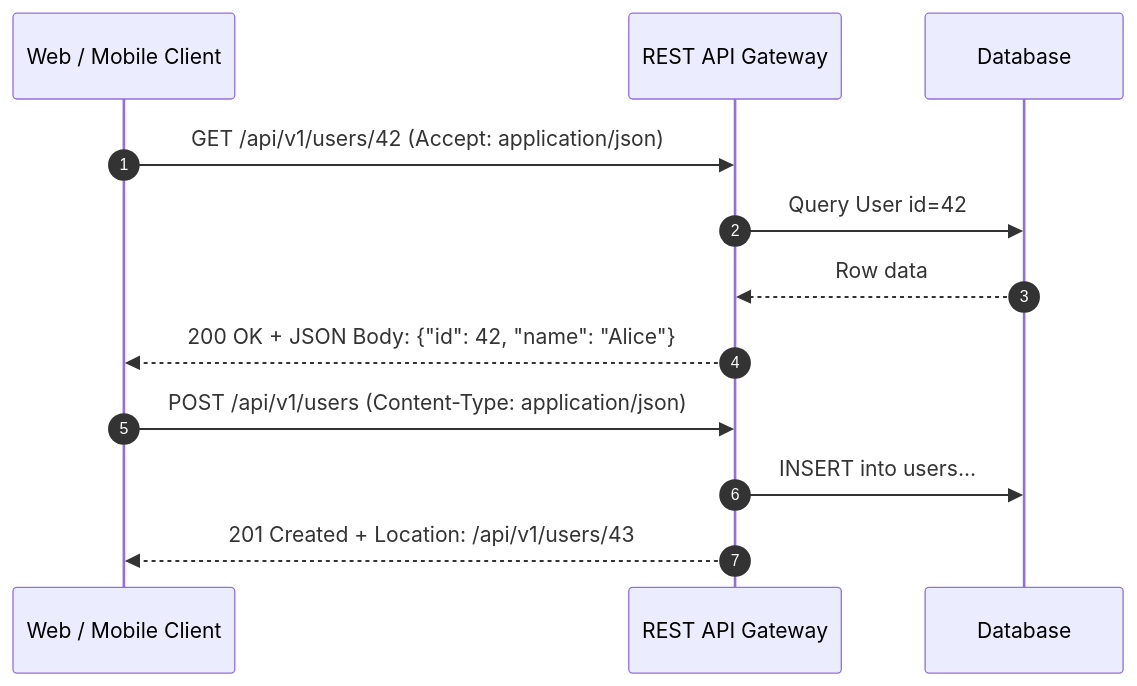
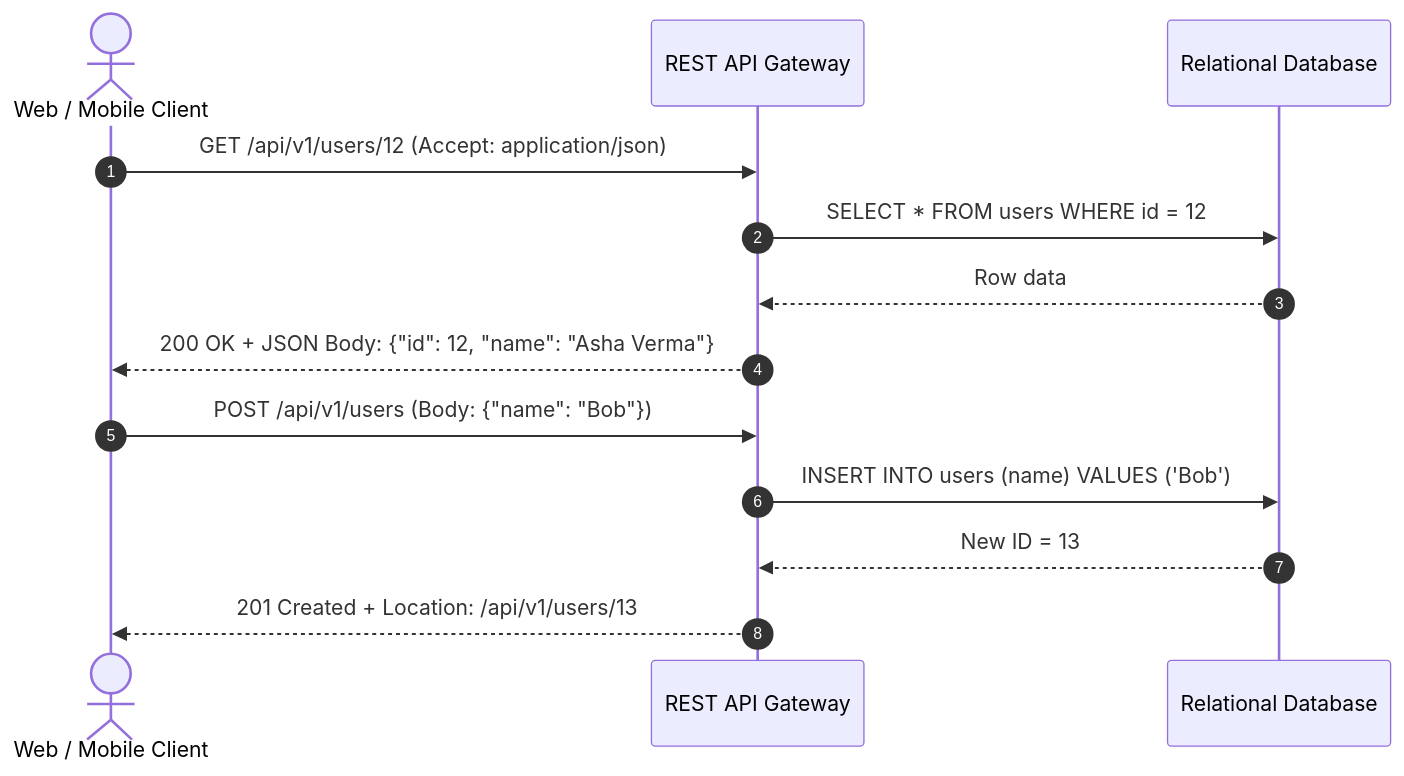
One commit to Sujalkathait/high-level-design changed the diagram in 03-networking/rest.md. Above: the diagram before and after it, drawn with Mermaid. The commit also changed other lines of this file and 41 other files, not shown here.

````diff
--- a/03-networking/rest.md
+++ b/03-networking/rest.md
@@ -20,16 +11,17 @@
 ```mermaid
 sequenceDiagram
     autonumber
-    participant Client as Web / Mobile Client
+    actor Client as Web / Mobile Client
     participant API as REST API Gateway
-    participant DB as Database
+    participant DB as Relational Database
 
-    Client->>API: GET /api/v1/users/42 (Accept: application/json)
-    API->>DB: Query User id=42
+    Client->>API: GET /api/v1/users/12 (Accept: application/json)
+    API->>DB: SELECT * FROM users WHERE id = 12
     DB-->>API: Row data
-    API-->>Client: 200 OK + JSON Body: {"id": 42, "name": "Alice"}
+    API-->>Client: 200 OK + JSON Body: {"id": 12, "name": "Asha Verma"}
 
-    Client->>API: POST /api/v1/users (Content-Type: application/json)
-    API->>DB: INSERT into users...
-    API-->>Client: 201 Created + Location: /api/v1/users/43
+    Client->>API: POST /api/v1/users (Body: {"name": "Bob"})
+    API->>DB: INSERT INTO users (name) VALUES ('Bob')
+    DB-->>API: New ID = 13
+    API-->>Client: 201 Created + Location: /api/v1/users/13
 ```
````
